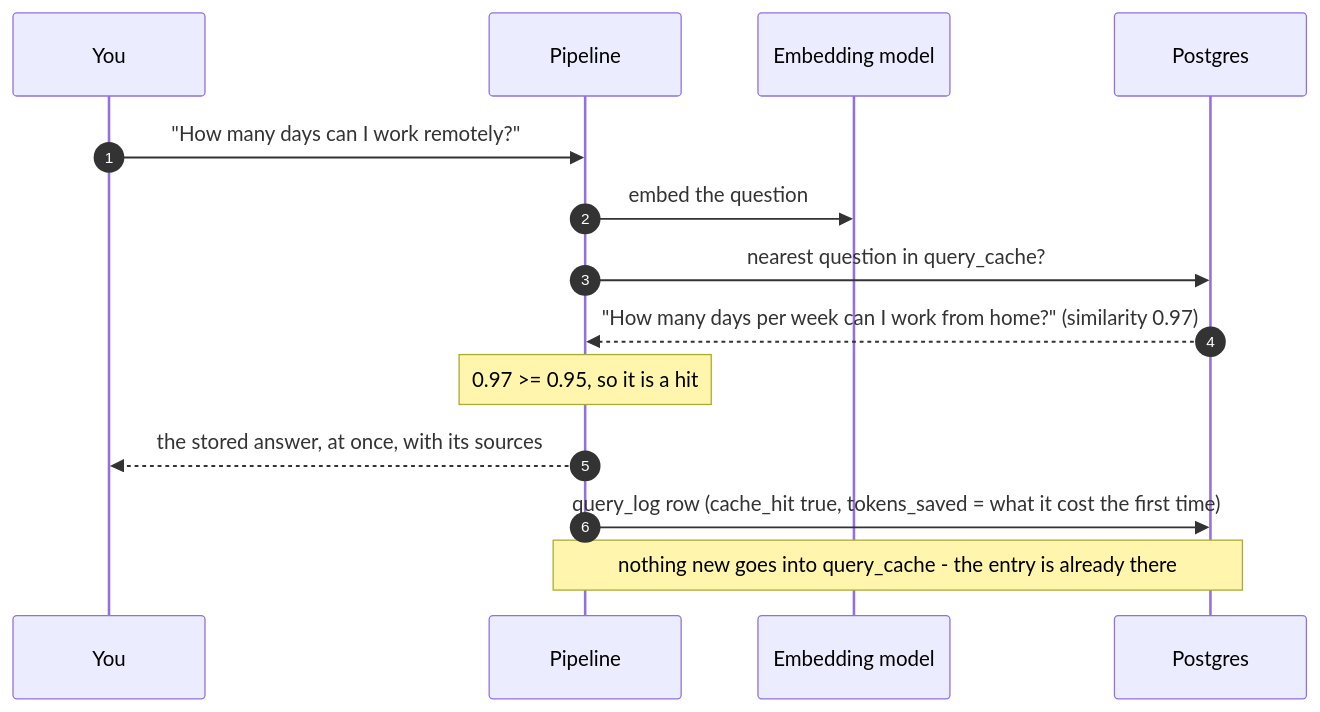
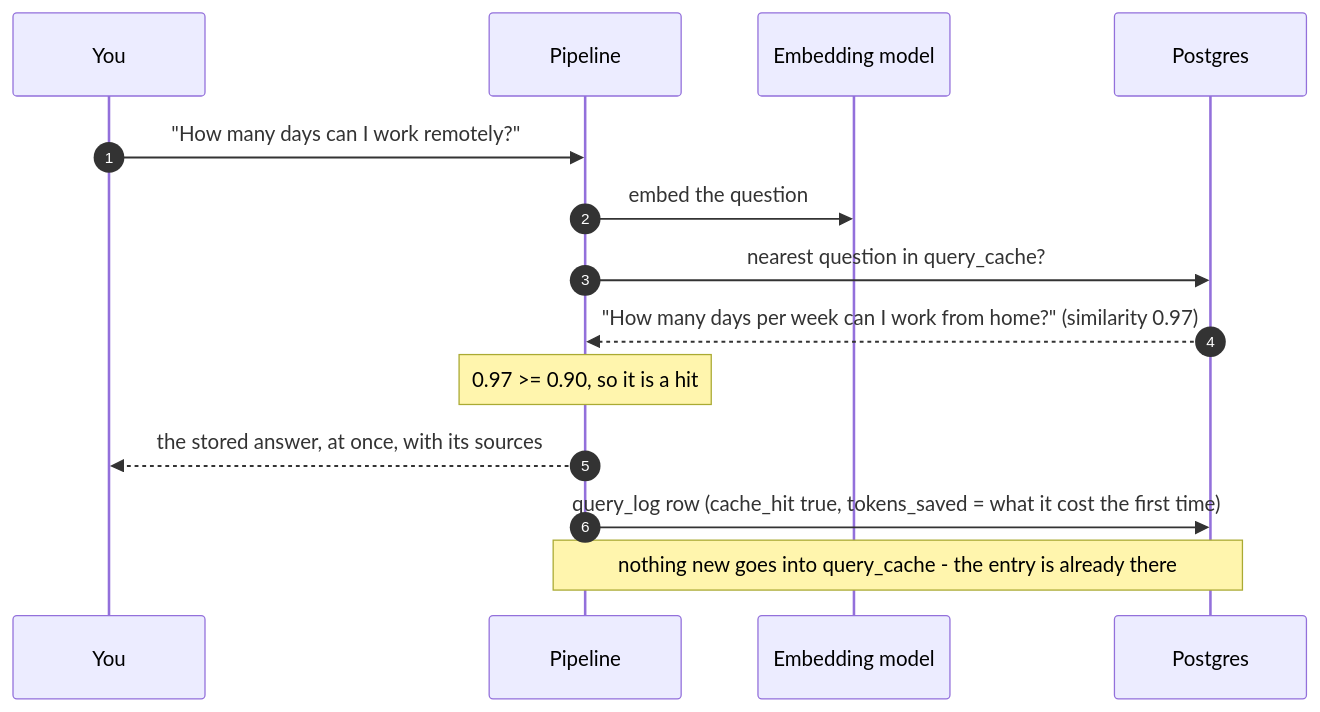
The fourth of 5 diagrams in docs/how-it-works.md (AntonMinin/groundline), drawn with Mermaid before and after one commit. The commit also changed other lines of this file and 15 other files, not shown here.

````diff
--- a/docs/how-it-works.md
+++ b/docs/how-it-works.md
@@ -150,17 +150,17 @@
 ```mermaid
 sequenceDiagram
     autonumber
     participant U as You
     participant P as Pipeline
     participant E as Embedding model
     participant DB as Postgres
 
     U->>P: "How many days can I work remotely?"
     P->>E: embed the question
     P->>DB: nearest question in query_cache?
     DB-->>P: "How many days per week can I work from home?" (similarity 0.97)
-    Note over P: 0.97 >= 0.95, so it is a hit
+    Note over P: 0.97 >= 0.90, so it is a hit
     P-->>U: the stored answer, at once, with its sources
     P->>DB: query_log row (cache_hit true, tokens_saved = what it cost the first time)
     Note over P,DB: nothing new goes into query_cache - the entry is already there
 ```
````
